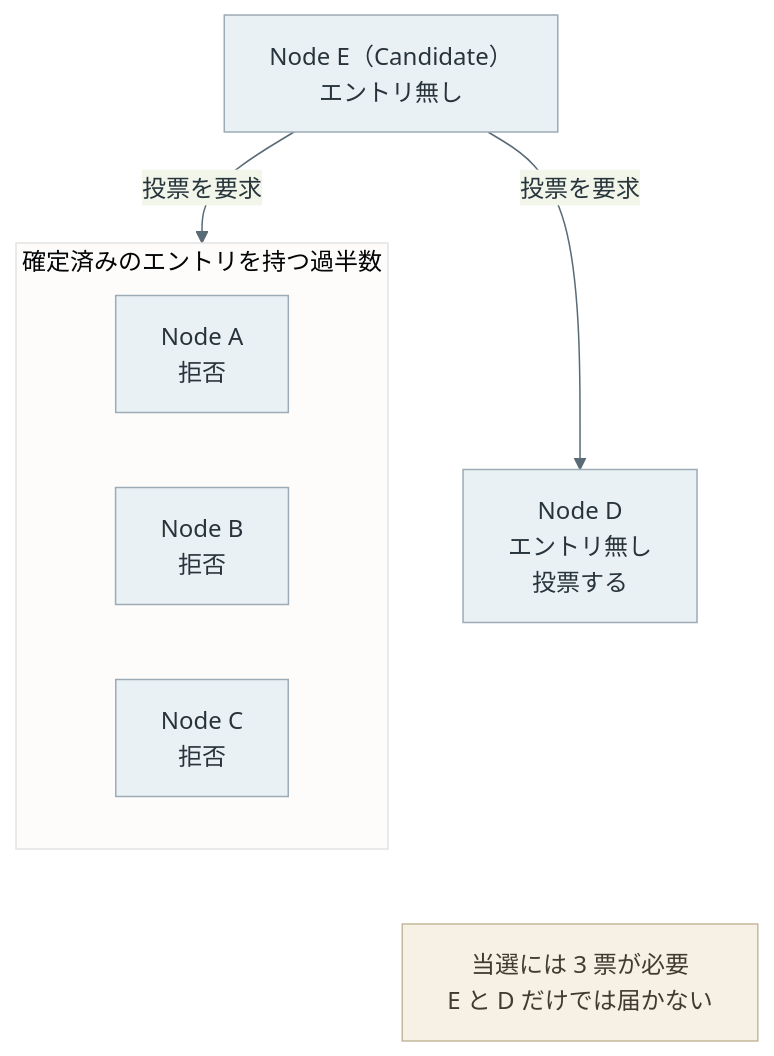
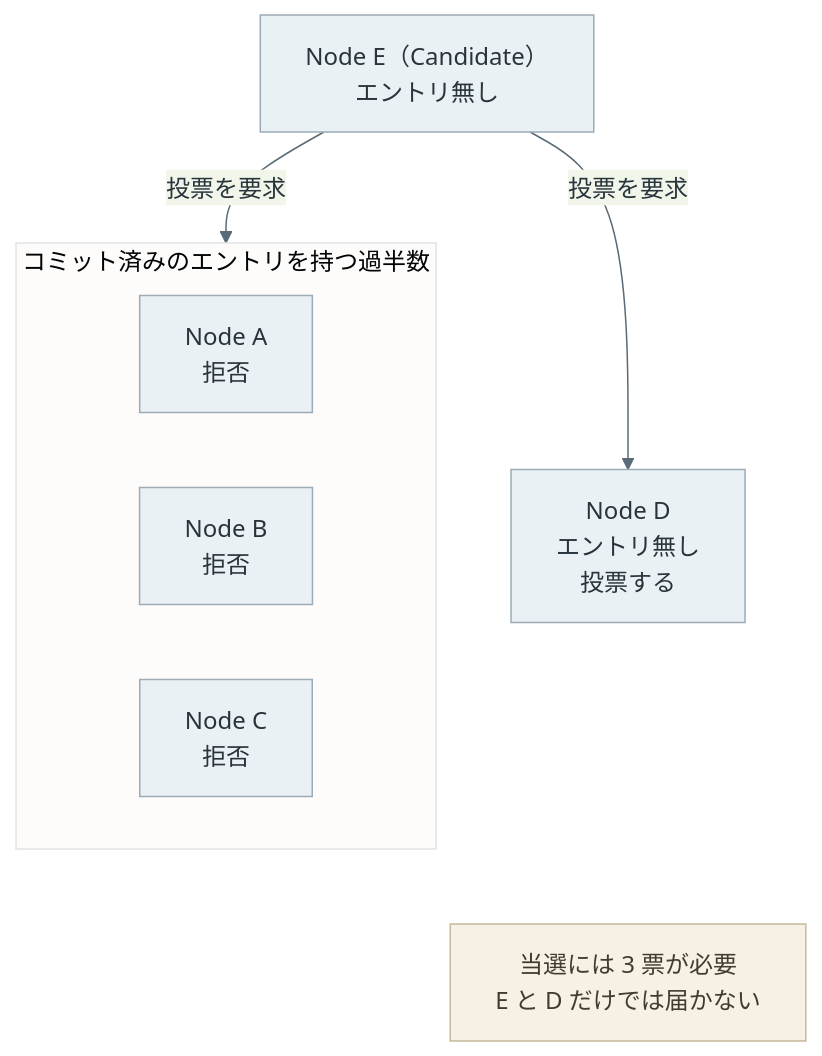
Before and after one commit to nao1215/debimate: the third of 7 diagrams in content/notes/distributed-systems/leader-and-followers/index.md, drawn with Mermaid. The commit also changed other lines of this file and 27 other files, not shown here.

````diff
--- a/content/notes/distributed-systems/leader-and-followers/index.md
+++ b/content/notes/distributed-systems/leader-and-followers/index.md
@@ -152,17 +152,17 @@
 ```mermaid
 %%{init: {"theme":"base","themeVariables":{"primaryColor":"#eaf1f5","primaryTextColor":"#28343b","primaryBorderColor":"#9cabb5","lineColor":"#596b76","textColor":"#28343b","actorBkg":"#eaf1f5","actorBorder":"#9cabb5","actorTextColor":"#28343b","actorLineColor":"#9cabb5","signalColor":"#596b76","signalTextColor":"#28343b","noteBkgColor":"#f7f1e5","noteBorderColor":"#c5b99b","noteTextColor":"#403c32","activationBkgColor":"#edf3ef","activationBorderColor":"#9aafa1"}}}%%
 flowchart TB
     E["Node E（Candidate）<br/>エントリ無し"]
     E -->|"投票を要求"| D["Node D<br/>エントリ無し<br/>投票する"]
     E -->|"投票を要求"| M
-    subgraph M["確定済みのエントリを持つ過半数"]
+    subgraph M["コミット済みのエントリを持つ過半数"]
         direction LR
         A["Node A<br/>拒否"]
         B["Node B<br/>拒否"]
         C["Node C<br/>拒否"]
     end
     N["当選には 3 票が必要<br/>E と D だけでは届かない"]:::note
     D ~~~ N
     classDef default fill:#eaf1f5,stroke:#9cabb5,color:#28343b;
     classDef note fill:#f7f1e5,stroke:#c5b99b,color:#403c32;
 ```
````
